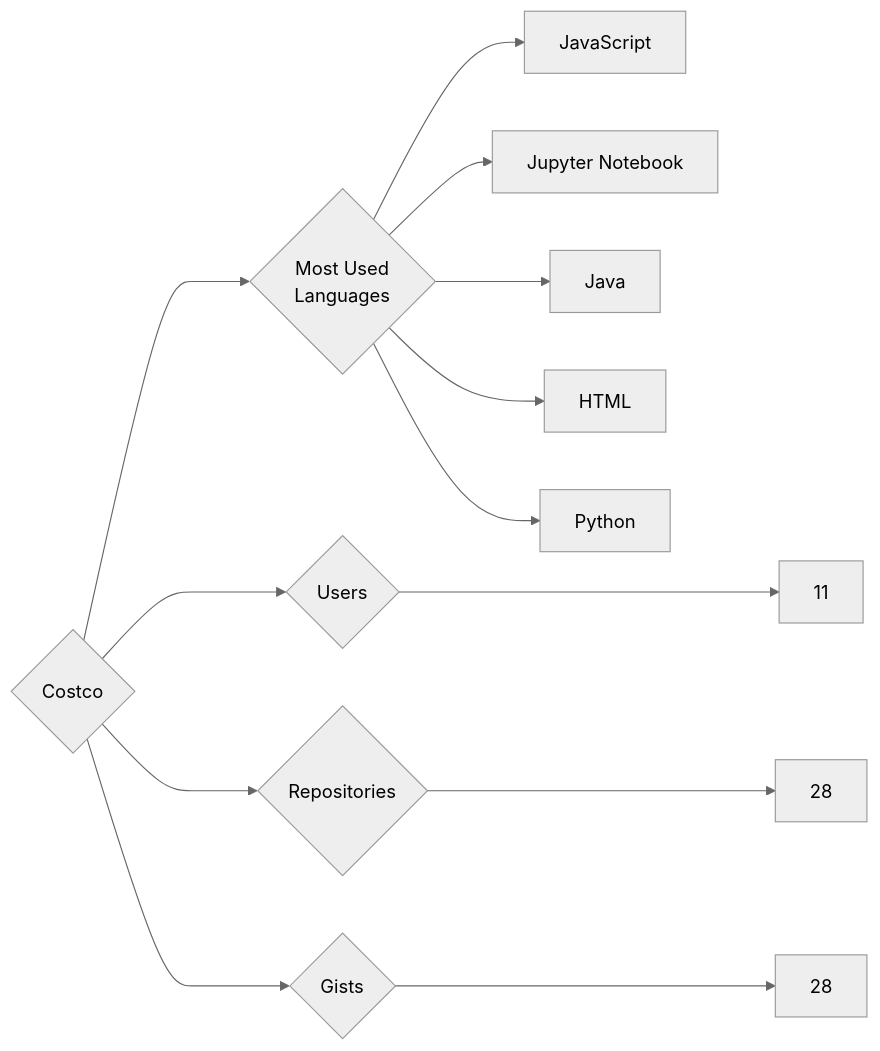
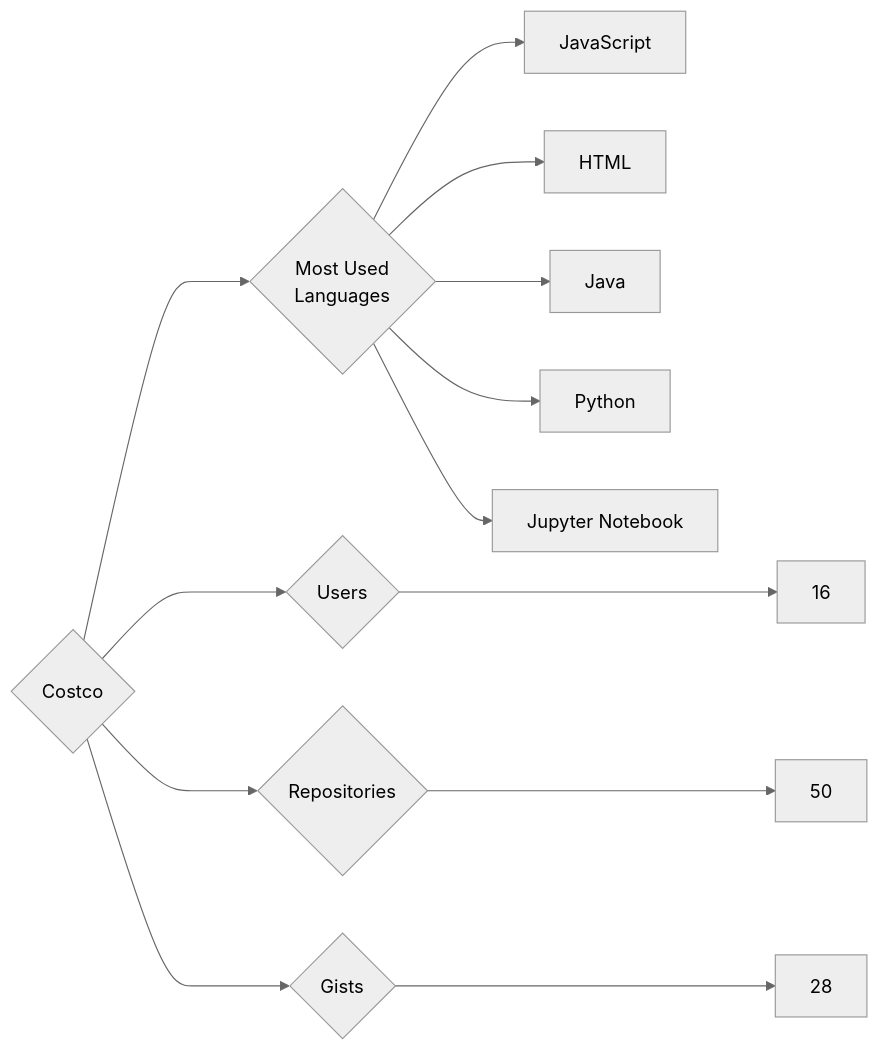
One commit to trickest/insiders changed the diagram in targets/Costco/README.md. Above: the diagram before and after it, drawn with Mermaid (neutral theme). The commit also changed 916 other files, not shown here.

````diff
--- a/targets/Costco/README.md
+++ b/targets/Costco/README.md
@@ -3,13 +3,13 @@
 ```mermaid
 graph LR
 COMPANY_NAME{Costco}
-COMPANY_NAME ---> U{Users} ---> UN[11]
-COMPANY_NAME ---> R{Repositories} ---> RN[28]
+COMPANY_NAME ---> U{Users} ---> UN[16]
+COMPANY_NAME ---> R{Repositories} ---> RN[50]
 COMPANY_NAME ---> G{Gists} ---> GN[28]
 COMPANY_NAME ---> ML{Most Used<br>Languages}
 ML --> JavaScript[JavaScript]
+ML --> HTML[HTML]
+ML --> Java[Java]
+ML --> Python[Python]
 ML --> Jupyter_Notebook[Jupyter Notebook]
-ML --> Java[Java]
-ML --> HTML[HTML]
-ML --> Python[Python]
 ```
````
